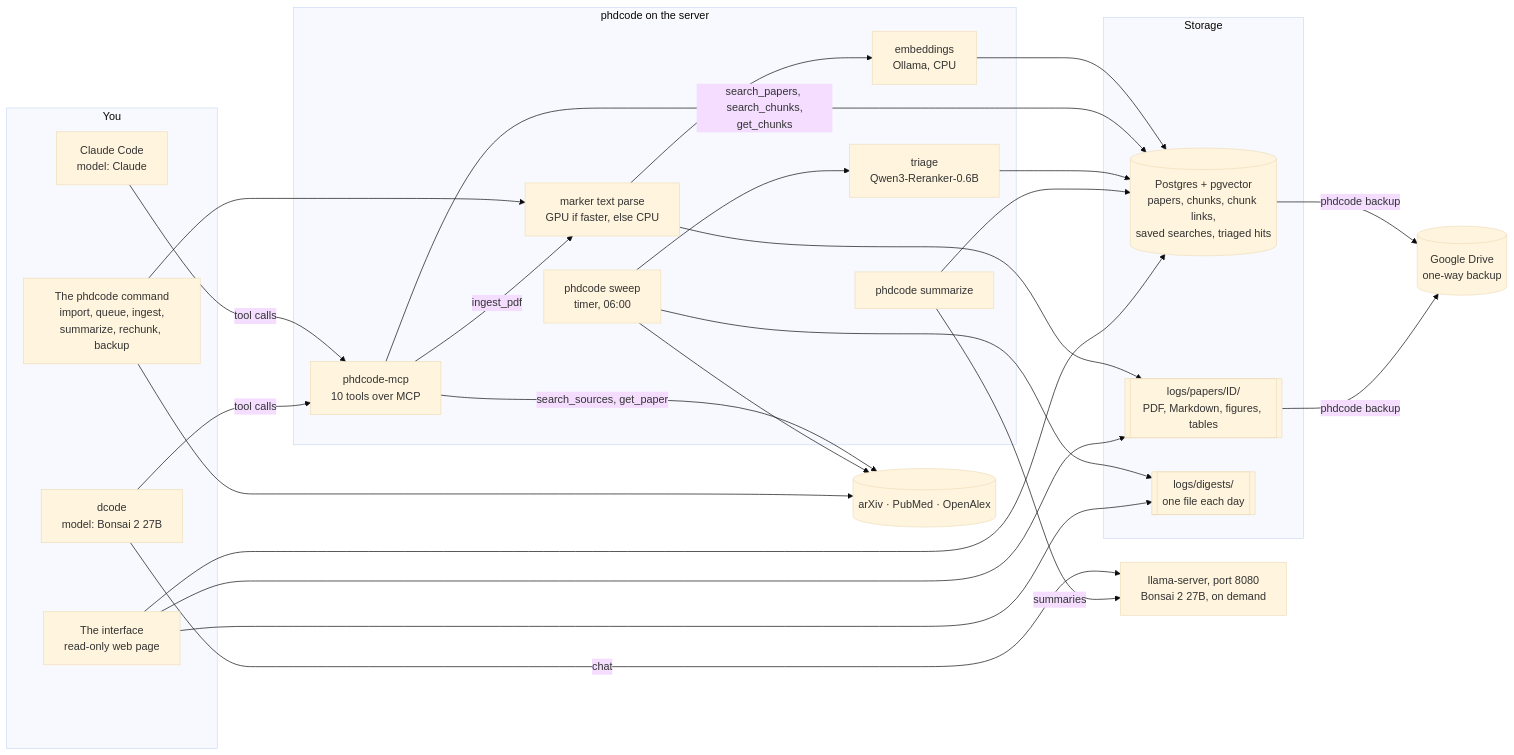
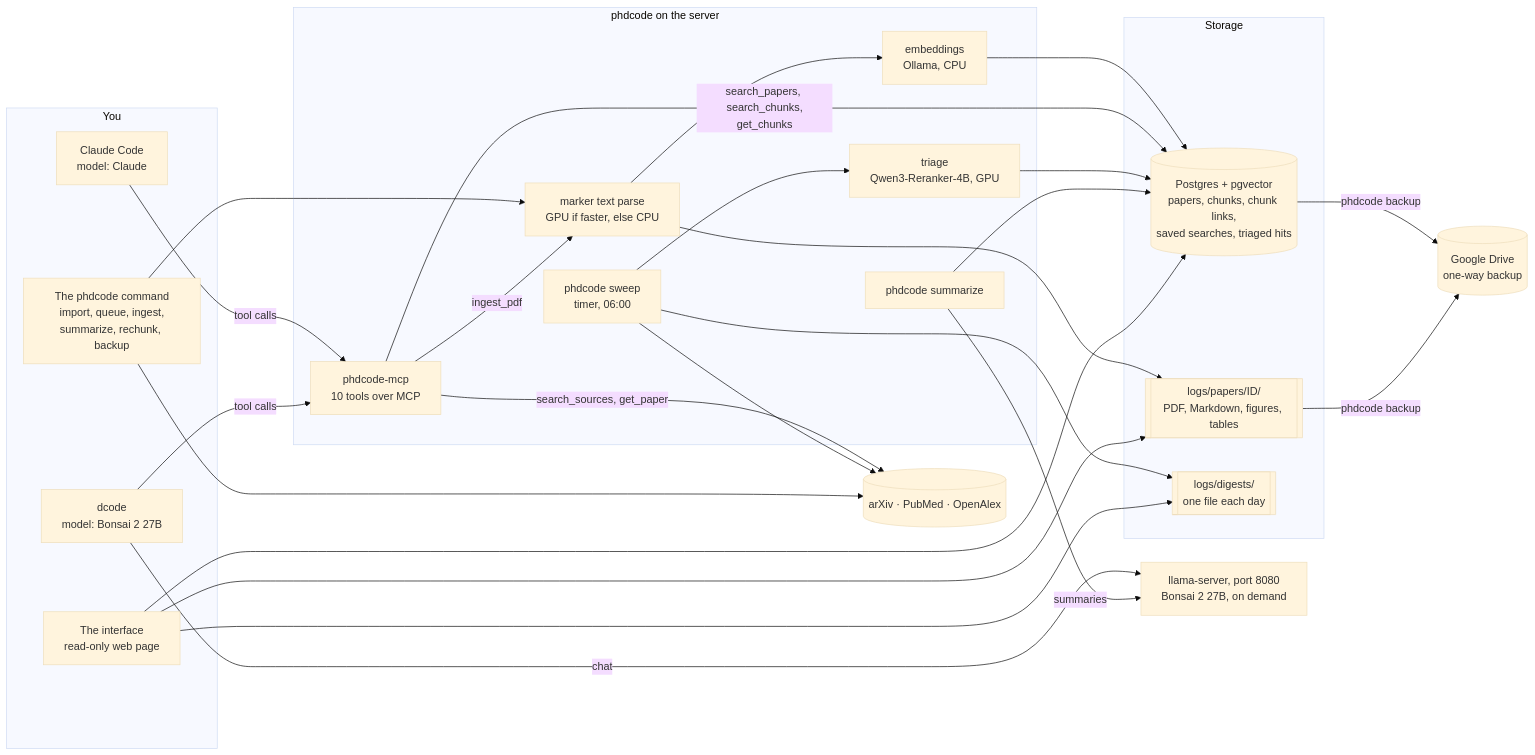
One commit to fuminaba/phdcode changed the first of 6 diagrams in docs/how-it-works.md. Above: the diagram before and after it, drawn with Mermaid (base theme). The commit also changed other lines of this file and 4 other files, not shown here.

````diff
--- a/docs/how-it-works.md
+++ b/docs/how-it-works.md
@@ -7,47 +7,47 @@
 ```mermaid
 flowchart LR
   subgraph you["You"]
     CC["Claude Code<br/>model: Claude"]
     DC["dcode<br/>model: Bonsai 2 27B"]
     UI["The interface<br/>read-only web page"]
     CLI["The phdcode command<br/>import, queue, ingest,<br/>summarize, rechunk, backup"]
   end
   subgraph phd["phdcode on the server"]
     MCP["phdcode-mcp<br/>10 tools over MCP"]
     SW["phdcode sweep<br/>timer, 06:00"]
     SUM["phdcode summarize"]
     PARSE["marker text parse<br/>GPU if faster, else CPU"]
     EMB["embeddings<br/>Ollama, CPU"]
-    TRI["triage<br/>Qwen3-Reranker-0.6B"]
+    TRI["triage<br/>Qwen3-Reranker-4B, GPU"]
   end
   subgraph store["Storage"]
     PG[("Postgres + pgvector<br/>papers, chunks, chunk links,<br/>saved searches, triaged hits")]
     FILES[["logs/papers/ID/<br/>PDF, Markdown, figures, tables"]]
     DIG[["logs/digests/<br/>one file each day"]]
   end
   SRC[("arXiv · PubMed · OpenAlex")]
   LLM["llama-server, port 8080<br/>Bonsai 2 27B, on demand"]
   DRIVE[("Google Drive<br/>one-way backup")]
   CC -- "tool calls" --> MCP
   DC -- "tool calls" --> MCP
   DC -- "chat" --> LLM
   CLI --> PARSE
   CLI --> SRC
   MCP -- "search_sources, get_paper" --> SRC
   MCP -- "ingest_pdf" --> PARSE
   PARSE --> FILES
   PARSE --> EMB
   EMB --> PG
   MCP -- "search_papers, search_chunks,<br/>get_chunks" --> PG
   SW --> SRC
   SW --> TRI
   TRI --> PG
   SW --> DIG
   SUM -- "summaries" --> LLM
   SUM --> PG
   UI --> PG
   UI --> FILES
   UI --> DIG
   PG -- "phdcode backup" --> DRIVE
   FILES -- "phdcode backup" --> DRIVE
 ```
````
